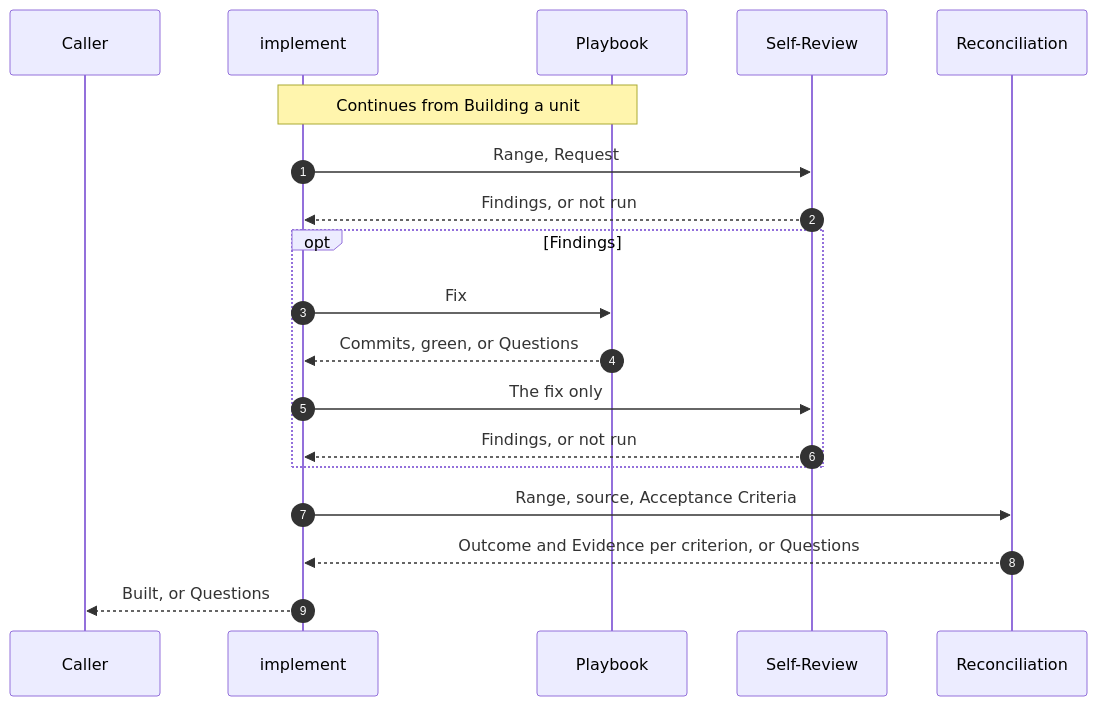
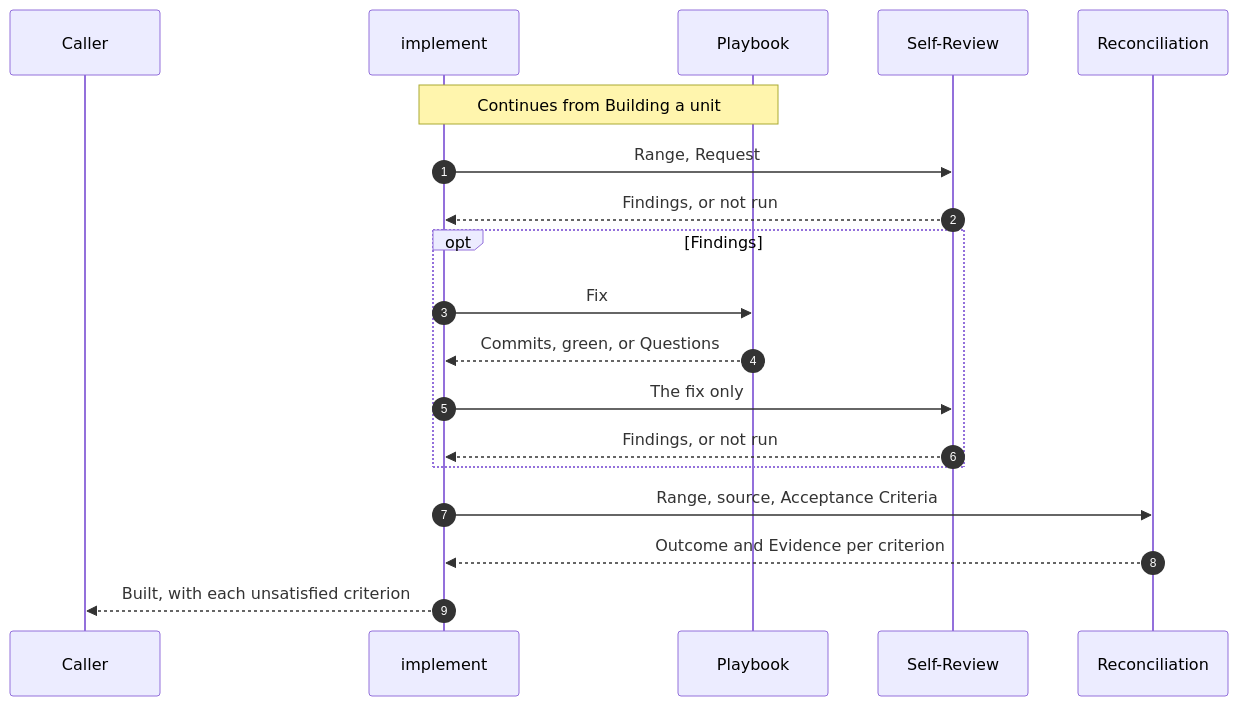
One commit to maro114510/skills changed the third of 3 diagrams in docs/design/implement.md. Above: the diagram before and after it, drawn with Mermaid. The commit also changed other lines of this file, not shown here.

````diff
--- a/docs/design/implement.md
+++ b/docs/design/implement.md
@@ -101,21 +99,21 @@
 ```mermaid
 sequenceDiagram
     autonumber
     participant K as Caller
     participant I as implement
     participant PB as Playbook
     participant SR as Self-Review
     participant RC as Reconciliation
     Note over I,PB: Continues from Building a unit
     I->>SR: Range, Request
     SR-->>I: Findings, or not run
     opt Findings
         I->>PB: Fix
         PB-->>I: Commits, green, or Questions
         I->>SR: The fix only
         SR-->>I: Findings, or not run
     end
     I->>RC: Range, source, Acceptance Criteria
-    RC-->>I: Outcome and Evidence per criterion, or Questions
-    I-->>K: Built, or Questions
+    RC-->>I: Outcome and Evidence per criterion
+    I-->>K: Built, with each unsatisfied criterion
 ```
````
